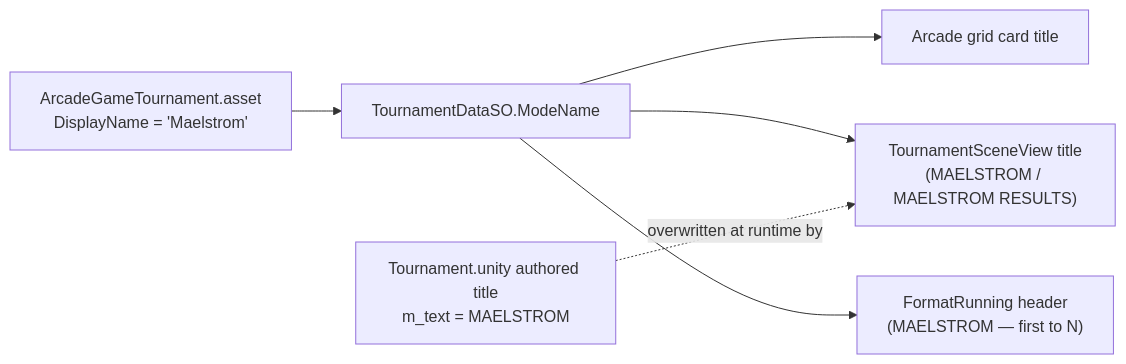
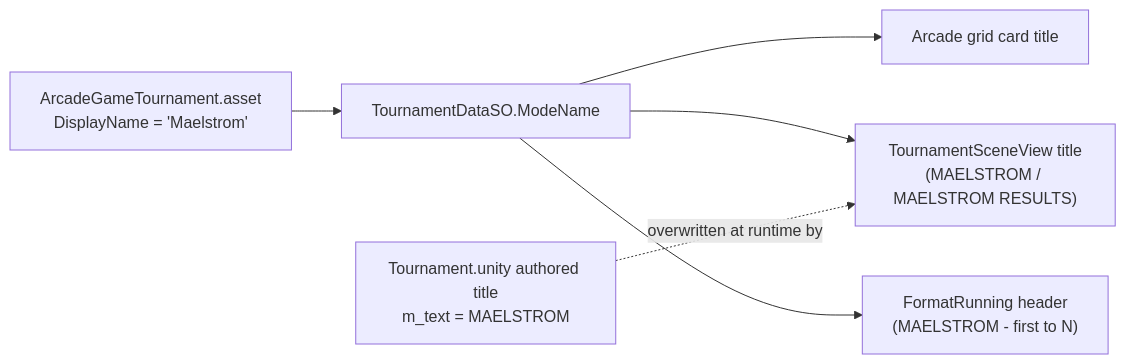
Before and after one commit to froglet-studio/Cosmic-Shore: the fourth of 4 diagrams in Docs/TournamentSystem/MAELSTROM_UX_HANDOFF.md, drawn with Mermaid. The commit also changed other lines of this file and 635 other files, not shown here.

````diff
--- a/Docs/TournamentSystem/MAELSTROM_UX_HANDOFF.md
+++ b/Docs/TournamentSystem/MAELSTROM_UX_HANDOFF.md
@@ -151,8 +151,8 @@
 ```mermaid
 graph LR
     Card["ArcadeGameTournament.asset<br/>DisplayName = 'Maelstrom'"] --> MN["TournamentDataSO.ModeName"]
     MN --> Grid["Arcade grid card title"]
     MN --> Title["TournamentSceneView title<br/>(MAELSTROM / MAELSTROM RESULTS)"]
-    MN --> Splash["FormatRunning header<br/>(MAELSTROM — first to N)"]
+    MN --> Splash["FormatRunning header<br/>(MAELSTROM - first to N)"]
     Scene["Tournament.unity authored title<br/>m_text = MAELSTROM"] -.overwritten at runtime by.-> Title
 ```
````
